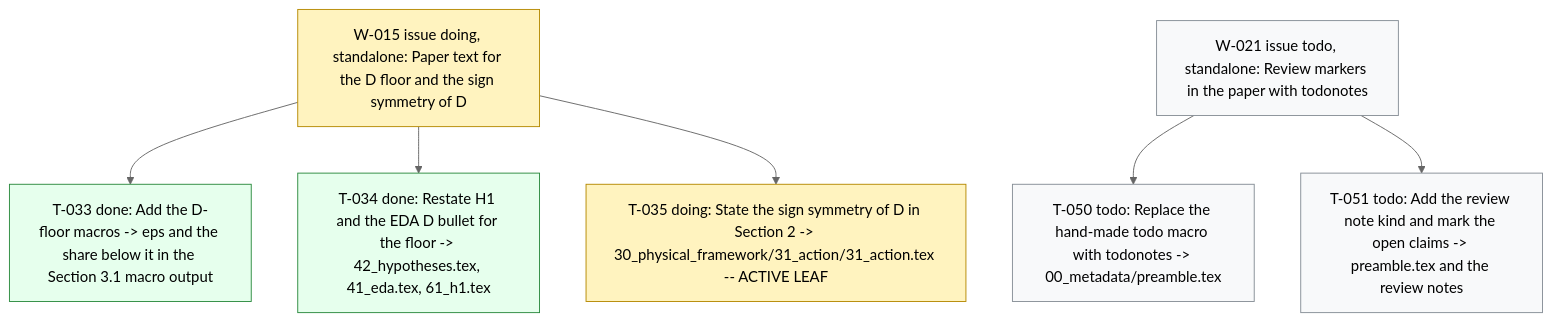
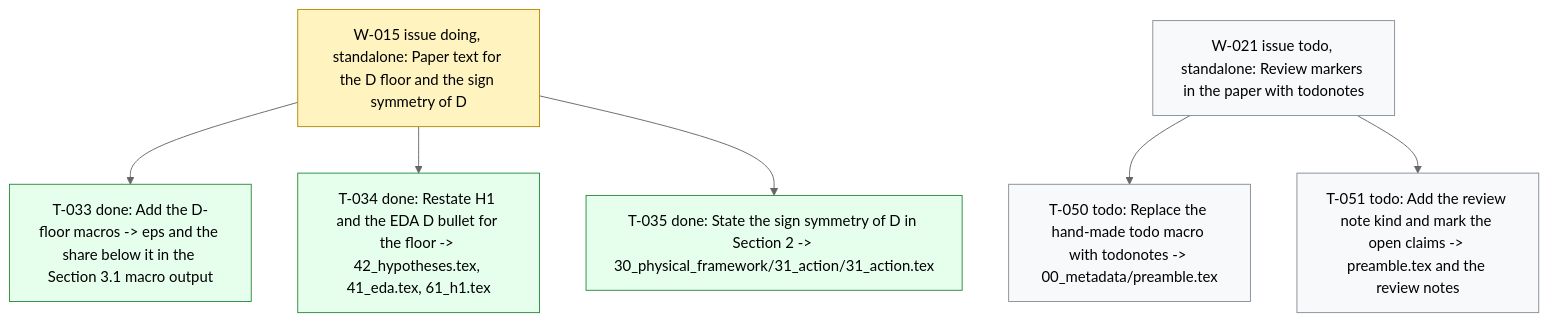
The diagram in .board/BOARD.md (dpopchev/surrogate-models), drawn with Mermaid (neutral theme) before and after one commit. The commit also changed other lines of this file and 1 other file, not shown here.

Commit message:
chore: close T-035 on the board
Refs: W-015 T-035

````diff
--- a/.board/BOARD.md
+++ b/.board/BOARD.md
@@ -171,18 +171,18 @@
 ```mermaid
 flowchart TD
   W015["W-015 issue doing, standalone: Paper text for the D floor and the sign symmetry of D"]
   W015 --> T033["T-033 done: Add the D-floor macros -> eps and the share below it in the Section 3.1 macro output"]
   W015 --> T034["T-034 done: Restate H1 and the EDA D bullet for the floor -> 42_hypotheses.tex, 41_eda.tex, 61_h1.tex"]
-  W015 --> T035["T-035 doing: State the sign symmetry of D in Section 2 -> 30_physical_framework/31_action/31_action.tex -- ACTIVE LEAF"]
+  W015 --> T035["T-035 done: State the sign symmetry of D in Section 2 -> 30_physical_framework/31_action/31_action.tex"]
   W021["W-021 issue todo, standalone: Review markers in the paper with todonotes"]
   W021 --> T050["T-050 todo: Replace the hand-made todo macro with todonotes -> 00_metadata/preamble.tex"]
   W021 --> T051["T-051 todo: Add the review note kind and mark the open claims -> preamble.tex and the review notes"]
   classDef doing fill:#fff3bf,stroke:#b58900,color:#000;
   classDef blocked fill:#ffe3e3,stroke:#c92a2a,color:#000;
   classDef done fill:#e6ffed,stroke:#2b8a3e,color:#000;
   classDef todo fill:#f8f9fa,stroke:#868e96,color:#000;
   classDef pruned fill:#f1f3f5,stroke:#adb5bd,color:#000;
-  class W015,T035 doing
-  class T033,T034 done
+  class W015 doing
+  class T033,T034,T035 done
   class W021,T050,T051 todo
 ```
````
